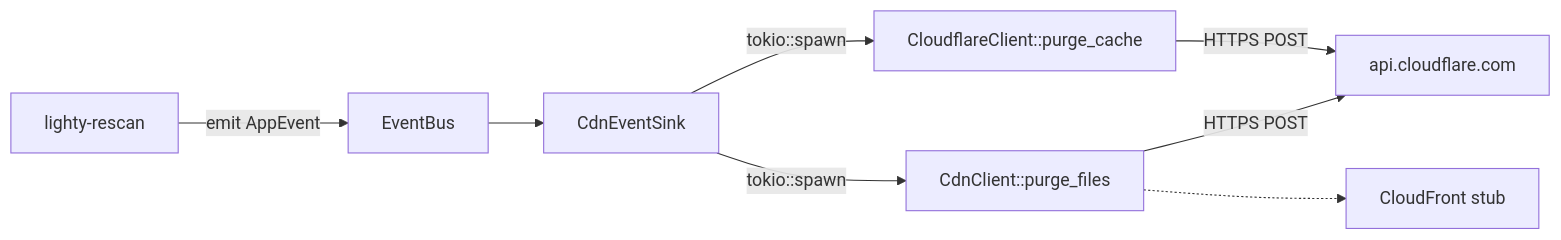
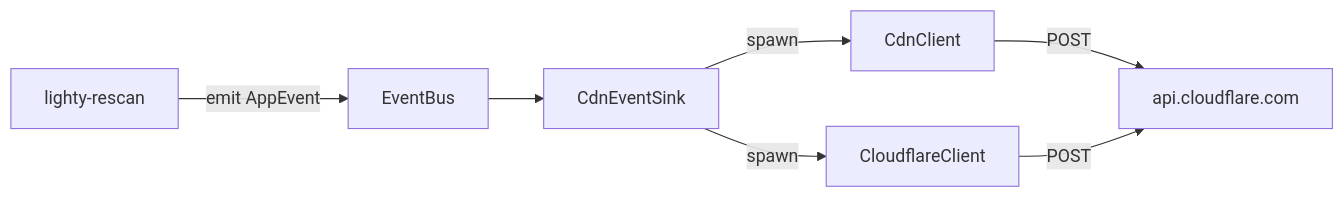
Before and after one commit to Lighty-Launcher/LightyUpdater: the diagram in crates/cdn/docs/overview.md, drawn with Mermaid. The commit also changed other lines of this file and 22 other files, not shown here.

First line of the commit message:
Simplify per-crate docs + harden mermaid for GitBook

````diff
--- a/crates/cdn/docs/overview.md
+++ b/crates/cdn/docs/overview.md
@@ -23,10 +19,9 @@
 ```mermaid
 flowchart LR
-    RESCAN[lighty-rescan] -->|emit AppEvent| BUS[EventBus]
-    BUS --> SINK[CdnEventSink]
-    SINK -->|tokio::spawn| CDN[CdnClient::purge_files]
-    SINK -->|tokio::spawn| CF[CloudflareClient::purge_cache]
-    CDN -->|HTTPS POST| API_CF[api.cloudflare.com]
-    CF -->|HTTPS POST| API_CF
-    CDN -.-> STUB[CloudFront stub]
+    Rescan[lighty-rescan] -->|emit AppEvent| Bus[EventBus]
+    Bus --> Sink[CdnEventSink]
+    Sink -->|spawn| CDN[CdnClient]
+    Sink -->|spawn| CF[CloudflareClient]
+    CDN -->|POST| API[api.cloudflare.com]
+    CF -->|POST| API
 ```
````
